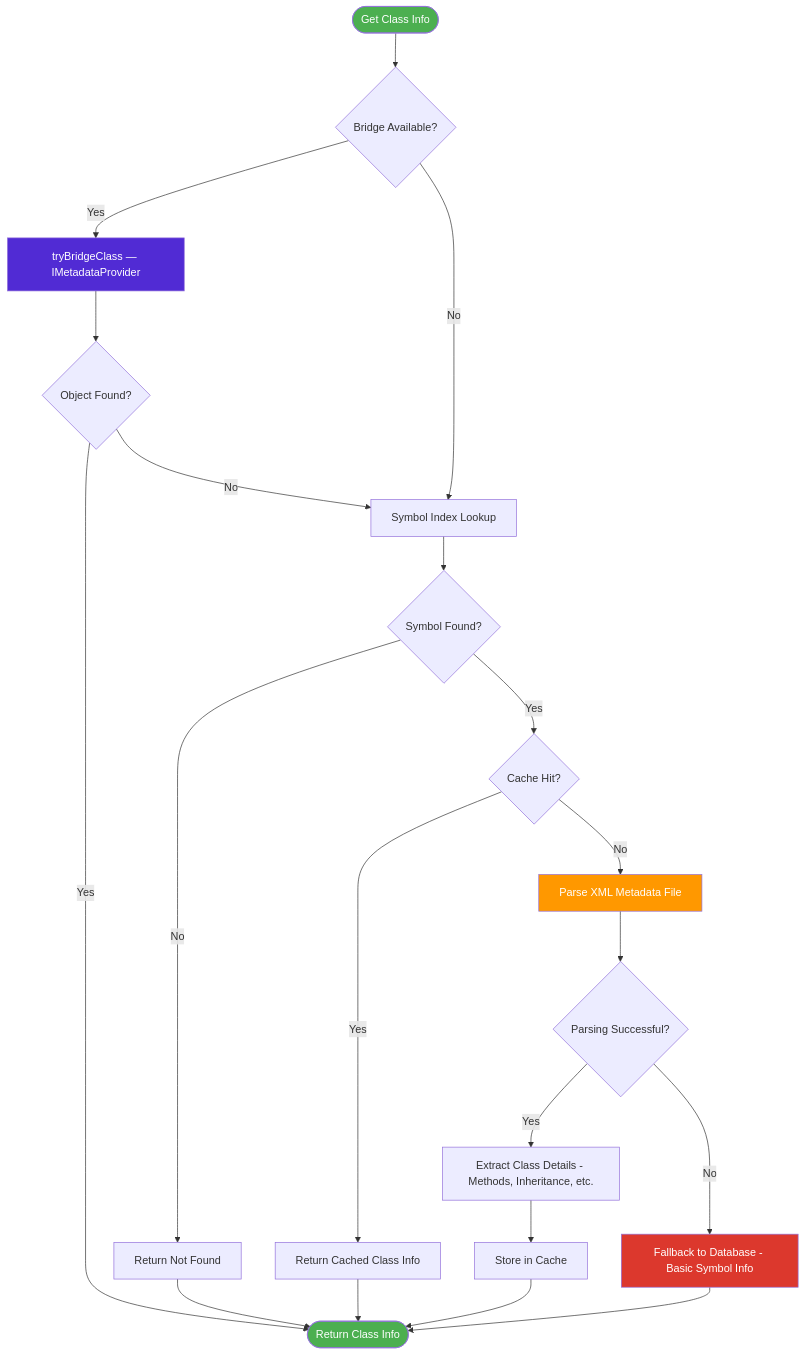
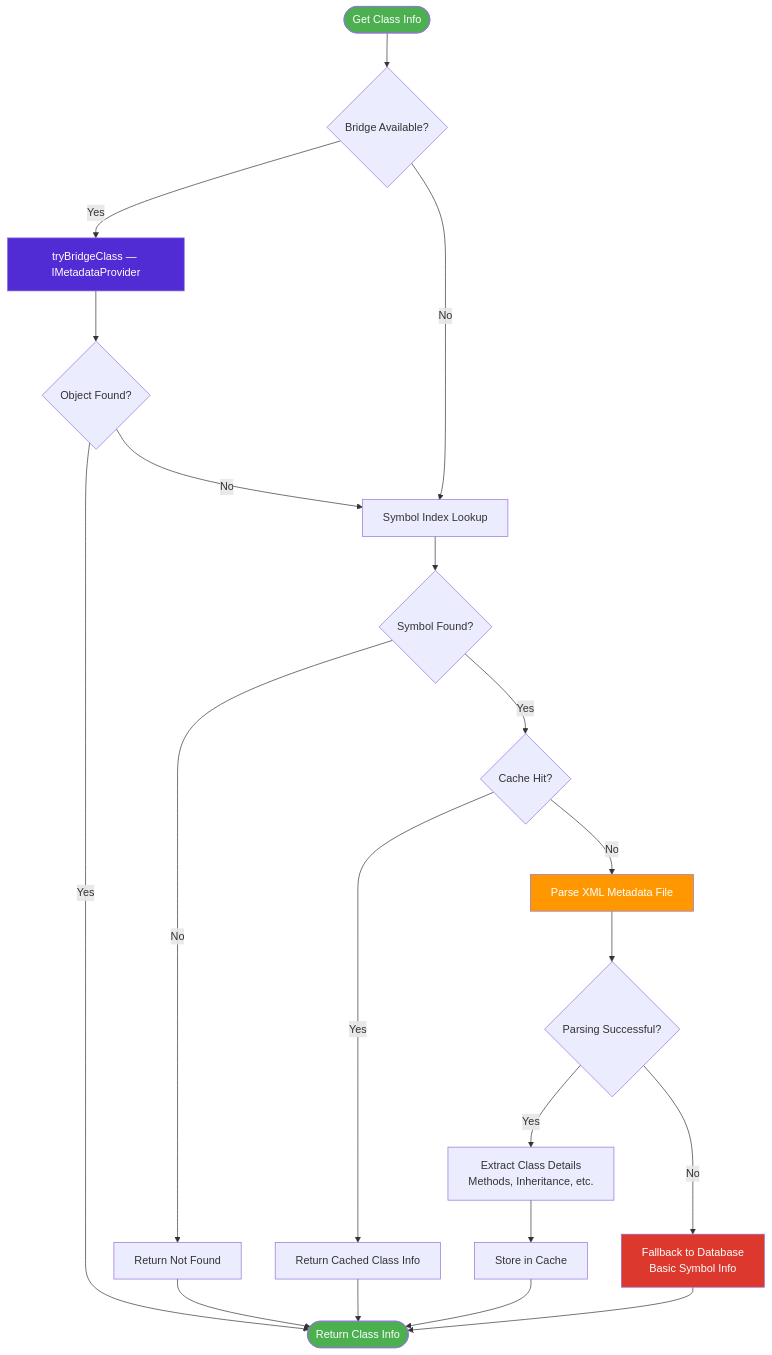
The sixth of 20 diagrams in docs/ARCHITECTURE.md (tfranczyk/d365fo-mcp-server), drawn with Mermaid before and after one commit. The commit also changed other lines of this file, not shown here.

Commit message:
architecture.md diagram fix

````diff
--- a/docs/ARCHITECTURE.md
+++ b/docs/ARCHITECTURE.md
@@ -438,36 +438,36 @@
 ```mermaid
 graph TD
     CLASS_REQ([Get Class Info]) --> BRIDGE_TRY{Bridge Available?}
     
     BRIDGE_TRY -->|Yes| BRIDGE_CALL[tryBridgeClass — IMetadataProvider]
     BRIDGE_TRY -->|No| DB_LOOKUP
     
     BRIDGE_CALL --> BRIDGE_OK{Object Found?}
     BRIDGE_OK -->|Yes| RESPONSE
     BRIDGE_OK -->|No| DB_LOOKUP[Symbol Index Lookup]
     
     DB_LOOKUP --> FOUND{Symbol Found?}
     
     FOUND -->|No| ERROR_404[Return Not Found]
     FOUND -->|Yes| CACHE_CHECK{Cache Hit?}
     
     CACHE_CHECK -->|Yes| CACHE_RETURN[Return Cached Class Info]
     CACHE_CHECK -->|No| XML_PARSE[Parse XML Metadata File]
     
     XML_PARSE --> XML_SUCCESS{Parsing Successful?}
     
-    XML_SUCCESS -->|Yes| EXTRACT[Extract Class Details - Methods, Inheritance, etc.]
-    XML_SUCCESS -->|No| FALLBACK[Fallback to Database - Basic Symbol Info]
+    XML_SUCCESS -->|Yes| EXTRACT[Extract Class Details\n Methods, Inheritance, etc.]
+    XML_SUCCESS -->|No| FALLBACK[Fallback to Database\n Basic Symbol Info]
     
     EXTRACT --> CACHE_STORE[Store in Cache]
     FALLBACK --> RESPONSE
     CACHE_STORE --> RESPONSE([Return Class Info])
     CACHE_RETURN --> RESPONSE
     ERROR_404 --> RESPONSE
     
     style CLASS_REQ fill:#4CAF50,color:#fff
     style BRIDGE_CALL fill:#512BD4,color:#fff
     style XML_PARSE fill:#FF9800,color:#fff
     style FALLBACK fill:#DC382D,color:#fff
     style RESPONSE fill:#4CAF50,color:#fff
 ```
````
